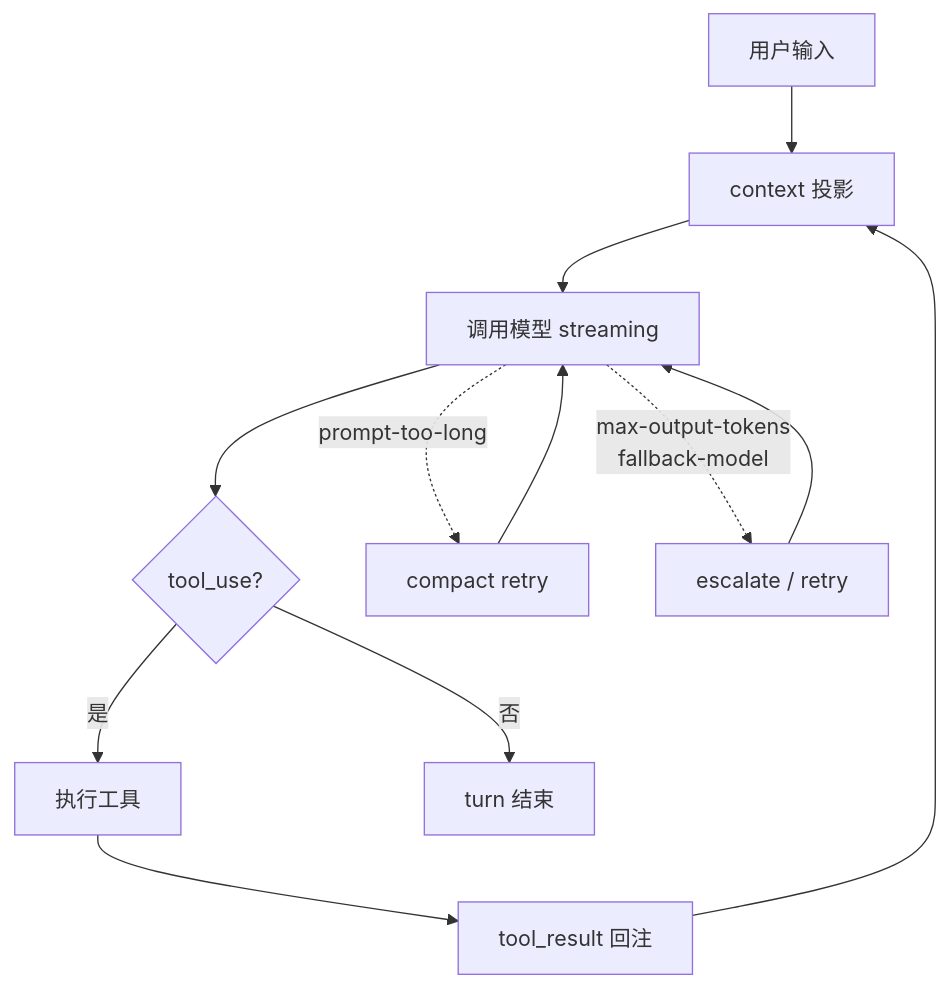
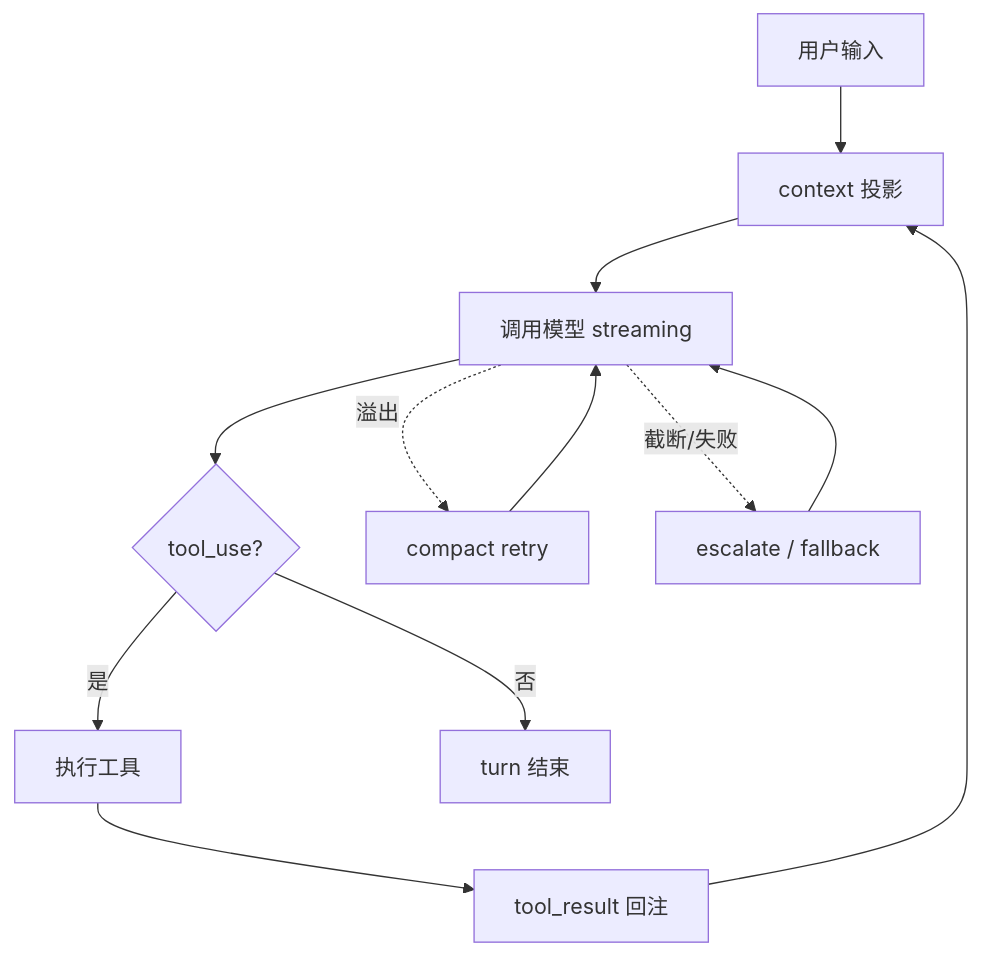
One commit to betaHi/betaHi.github.io changed the diagram in claude-code-architecture/13-agent-loop-deep-dive.md. Above: the diagram before and after it, drawn with Mermaid. The commit also changed 12 other files, not shown here.

First line of the commit message:
Prevent mermaid clipping by shortening dense node labels

````diff
--- a/claude-code-architecture/13-agent-loop-deep-dive.md
+++ b/claude-code-architecture/13-agent-loop-deep-dive.md
@@ -21,14 +21,14 @@
 ```mermaid
 flowchart TD
   A[用户输入] --> B[context 投影]
   B --> C[调用模型 streaming]
   C --> D{tool_use?}
   D -- 是 --> E[执行工具]
   E --> F[tool_result 回注]
   F --> B
   D -- 否 --> G[turn 结束]
-  C -. prompt-too-long .-> H[compact retry]
+  C -. 溢出 .-> H[compact retry]
   H --> C
-  C -. max-output-tokens<br/>fallback-model .-> I[escalate / retry]
+  C -. 截断/失败 .-> I[escalate / fallback]
   I --> C
 ```
````
